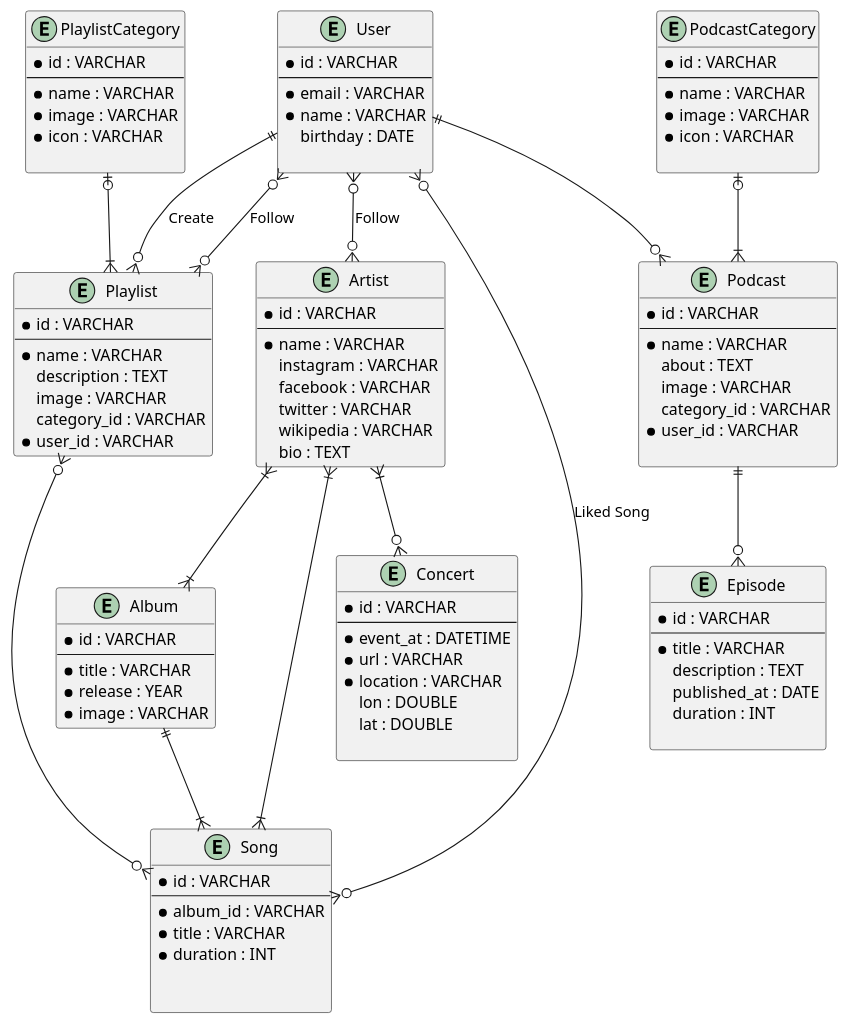
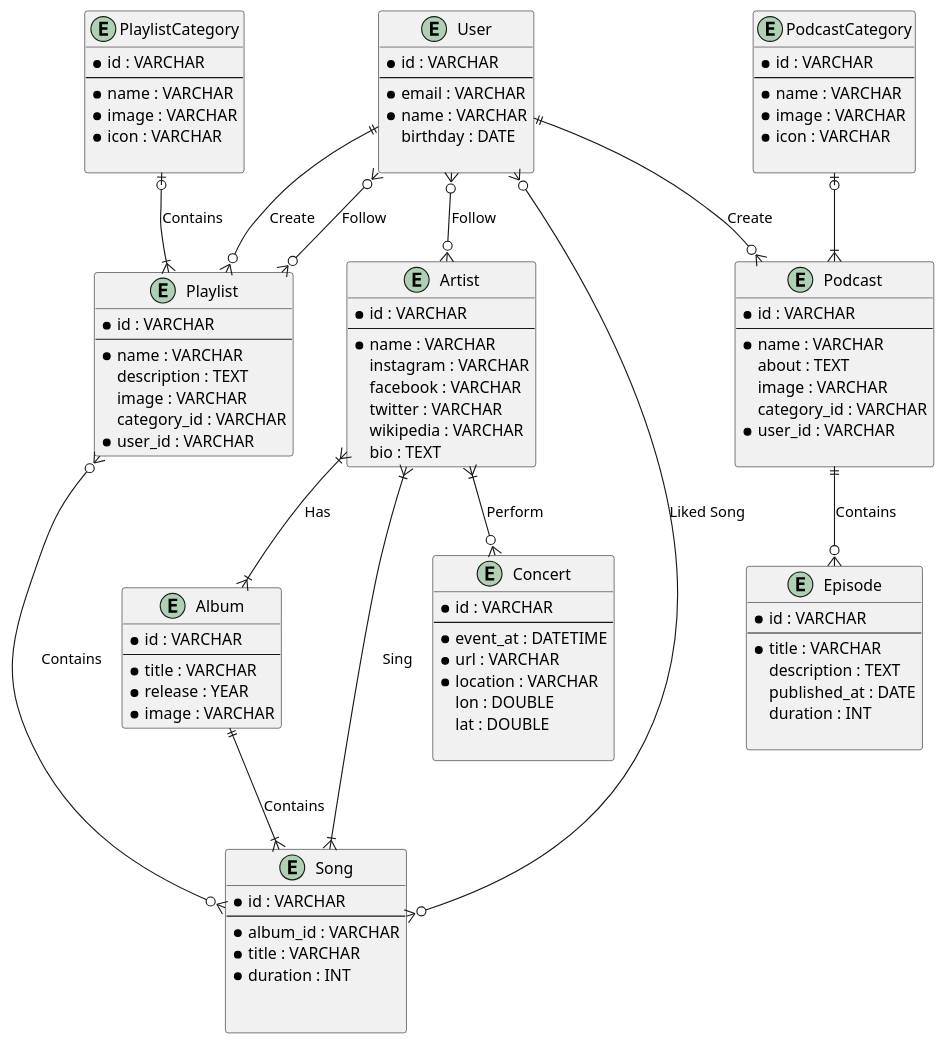
The diagram in spotify.puml (hanifiamdev/plantUML), drawn with PlantUML before and after one commit.

Commit message:
Menambah Informasi Relasi

```diff
--- a/spotify.puml
+++ b/spotify.puml
@@ -1,115 +1,115 @@
 @startuml
 entity Artist {
     * id : VARCHAR
     --
     * name : VARCHAR
     instagram : VARCHAR
     facebook : VARCHAR
     twitter : VARCHAR
     wikipedia : VARCHAR
     bio : TEXT
 }
 
 entity Album {
     * id : VARCHAR
     --
     * title : VARCHAR
     * release : YEAR
     * image : VARCHAR
 }
 
 entity Song {
     * id : VARCHAR
     --
     * album_id : VARCHAR
     * title : VARCHAR
     * duration : INT
 
 
 }
 
 entity PlaylistCategory {
     * id : VARCHAR
     --
     * name : VARCHAR
     * image : VARCHAR
     * icon : VARCHAR
 
 }
 
 
 entity Playlist {
     * id : VARCHAR
     --
     * name : VARCHAR
     description : TEXT
     image : VARCHAR
     category_id : VARCHAR
     * user_id : VARCHAR
 }
 
 entity PodcastCategory {
     * id : VARCHAR
     --
     * name : VARCHAR
     * image : VARCHAR
     * icon : VARCHAR
 
 }
 
 entity Podcast {
     * id : VARCHAR
     --
     * name : VARCHAR
     about : TEXT
     image : VARCHAR
     category_id : VARCHAR
     * user_id : VARCHAR
 
 }
 
 entity Episode {
     * id : VARCHAR
     --
     * title : VARCHAR
     description : TEXT
     published_at : DATE
     duration : INT
 
 }
 
 entity User {
     * id : VARCHAR
     --
     * email : VARCHAR
     * name : VARCHAR
     birthday : DATE
 
 }
 
 entity Concert {
    * id : VARCHAR
    --
    * event_at : DATETIME
    * url : VARCHAR
    * location : VARCHAR
    lon : DOUBLE
    lat : DOUBLE
 
 }
-Artist }|--|{ Album
-Album ||--|{ Song
-Artist }|--|{ Song
-PlaylistCategory |o--|{ Playlist
+Artist }|--|{ Album : Has
+Album ||--|{ Song : Contains
+Artist }|--|{ Song : Sing
+PlaylistCategory |o--|{ Playlist : Contains
 User ||--o{ Playlist : Create
-Playlist }o--o{ Song
+Playlist }o--o{ Song : Contains
 PodcastCategory |o--|{ Podcast
-User ||--o{ Podcast
-Podcast ||--o{ Episode
-Artist }|--o{ Concert
+User ||--o{ Podcast : Create
+Podcast ||--o{ Episode : Contains
+Artist }|--o{ Concert : Perform
 User }o--o{ Artist : Follow
 User }o--o{ Song : Liked Song
 User }o--o{ Playlist : Follow
 
 
 @enduml
```
